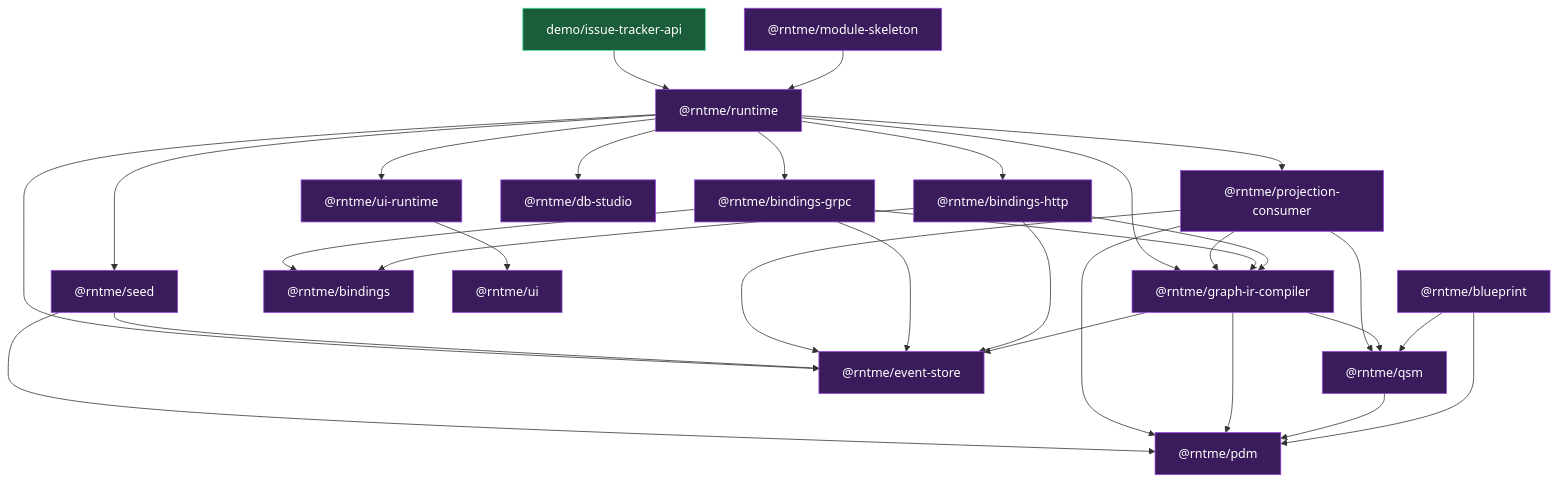
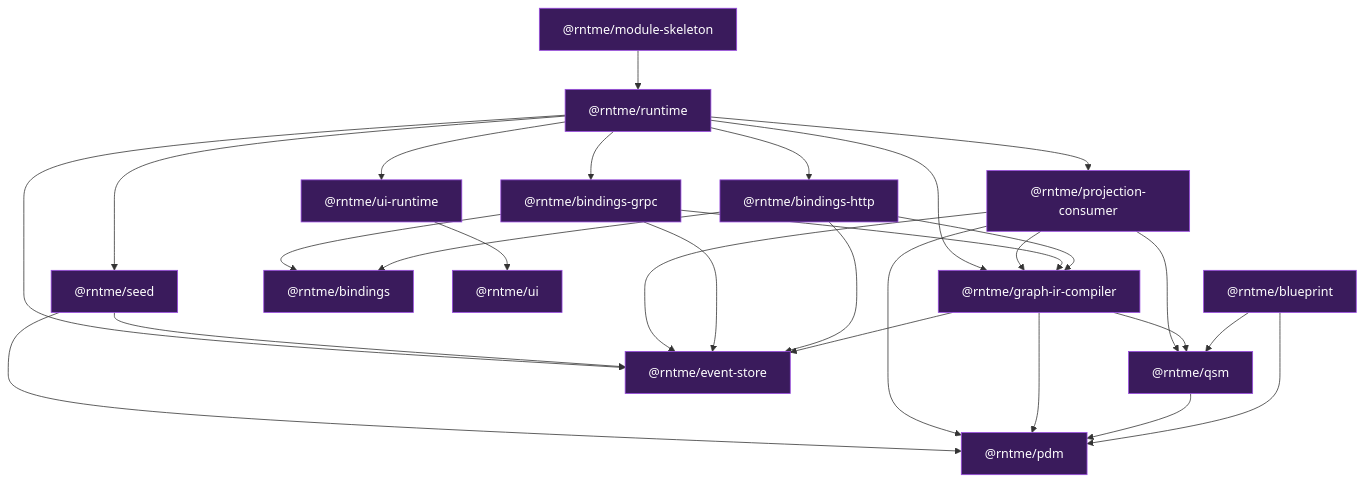
One commit to vladprrs/rntme changed the second of 2 diagrams in README.md. Above: the diagram before and after it, drawn with Mermaid. The commit also changed other lines of this file and 130 other files, not shown here.

````diff
--- a/README.md
+++ b/README.md
@@ -143,34 +140,31 @@
 ```mermaid
 flowchart TB
     classDef pkg fill:#3a1b5c,stroke:#9a4ae2,color:#fff;
     classDef demo fill:#1b5c3a,stroke:#4ae29a,color:#fff;
 
     BP["@rntme/blueprint"]:::pkg
     PDM["@rntme/pdm"]:::pkg
     QSM["@rntme/qsm"]:::pkg
     ES["@rntme/event-store"]:::pkg
     GIR["@rntme/graph-ir-compiler"]:::pkg
     B["@rntme/bindings"]:::pkg
     BH["@rntme/bindings-http"]:::pkg
     BG["@rntme/bindings-grpc"]:::pkg
     UI["@rntme/ui"]:::pkg
     UIR["@rntme/ui-runtime"]:::pkg
-    DS["@rntme/db-studio"]:::pkg
     PC["@rntme/projection-consumer"]:::pkg
     SD["@rntme/seed"]:::pkg
     RT["@rntme/runtime"]:::pkg
     MS["@rntme/module-skeleton"]:::pkg
-    DEMO["demo/issue-tracker-api"]:::demo
 
     BP --> PDM & QSM
     QSM --> PDM
     GIR --> PDM & QSM & ES
     BH --> B & GIR & ES
     BG --> B & GIR & ES
     UIR --> UI
     PC --> ES & GIR & PDM & QSM
     SD --> ES & PDM
-    RT --> BH & BG & UIR & DS & PC & SD & GIR & ES
+    RT --> BH & BG & UIR & PC & SD & GIR & ES
     MS --> RT
-    DEMO --> RT
 ```
````
